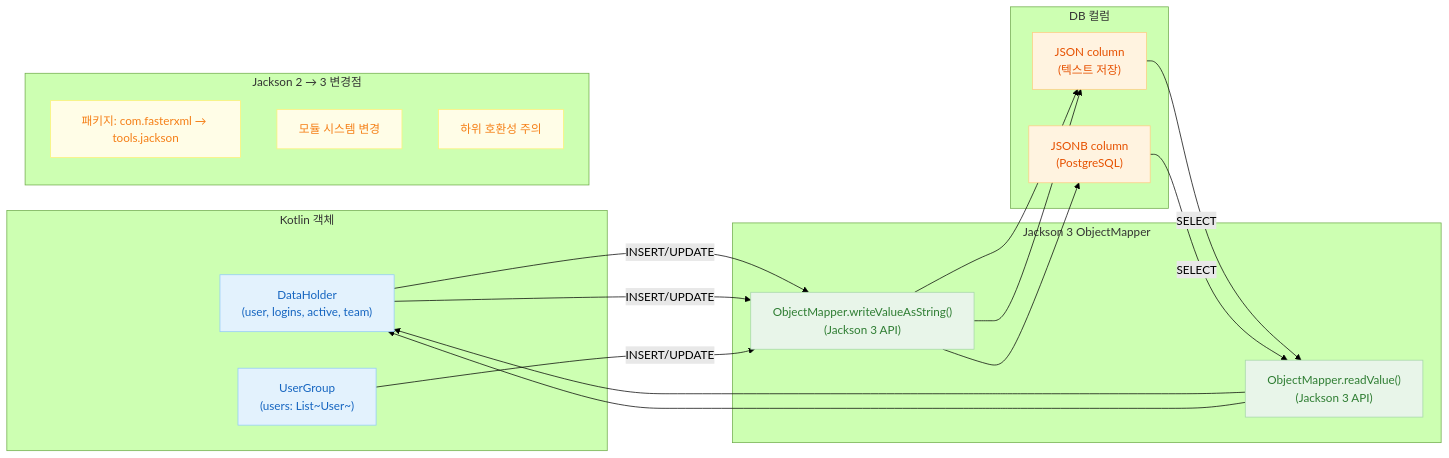
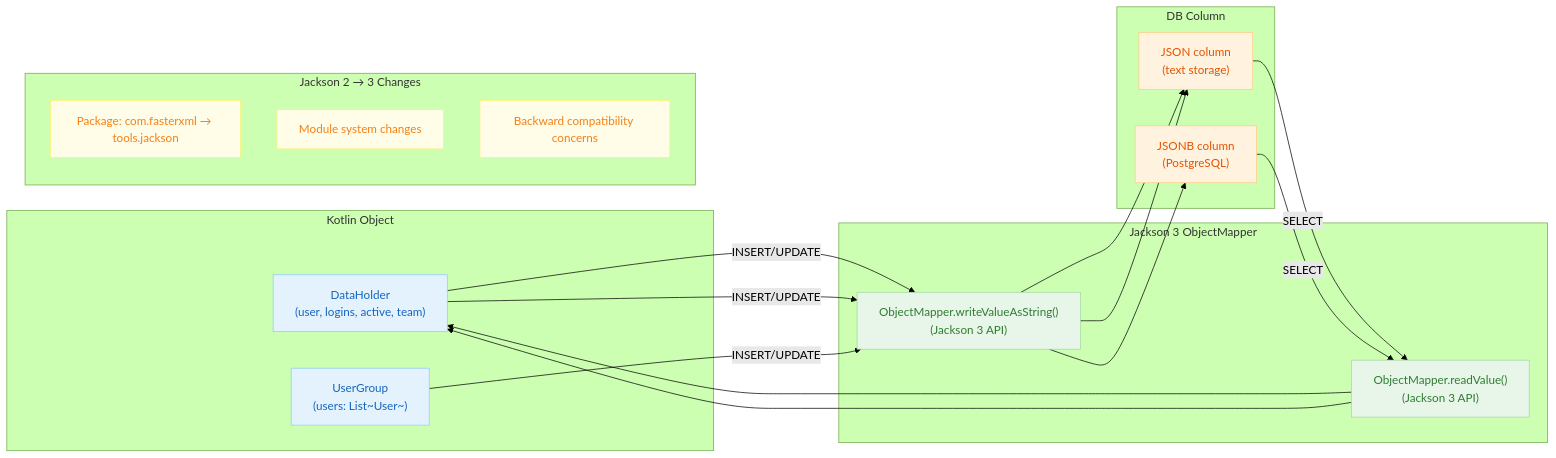
The diagram in 06-advanced/11-exposed-jackson3/README.md (bluetape4k/exposed-workshop), drawn with Mermaid (forest theme) before and after one commit. The commit also changed other lines of this file and 115 other files, not shown here.

````diff
--- a/06-advanced/11-exposed-jackson3/README.md
+++ b/06-advanced/11-exposed-jackson3/README.md
@@ -17,39 +19,39 @@
 ```mermaid
 flowchart LR
-    subgraph KotlinObj["Kotlin 객체"]
+    subgraph KotlinObj["Kotlin Object"]
         DH["DataHolder\n(user, logins, active, team)"]
         UG["UserGroup\n(users: List~User~)"]
     end
 
     subgraph Jackson3["Jackson 3 ObjectMapper"]
         SER["ObjectMapper.writeValueAsString()\n(Jackson 3 API)"]
         DESER["ObjectMapper.readValue()\n(Jackson 3 API)"]
     end
 
-    subgraph DBCol["DB 컬럼"]
-        JCOL["JSON column\n(텍스트 저장)"]
+    subgraph DBCol["DB Column"]
+        JCOL["JSON column\n(text storage)"]
         JBCOL["JSONB column\n(PostgreSQL)"]
     end
 
     DH -->|INSERT/UPDATE| SER --> JCOL
     DH -->|INSERT/UPDATE| SER --> JBCOL
     JCOL -->|SELECT| DESER --> DH
     JBCOL -->|SELECT| DESER --> DH
     UG -->|INSERT/UPDATE| SER --> JCOL
 
-    subgraph Migration["Jackson 2 → 3 변경점"]
-        PKG["패키지: com.fasterxml → tools.jackson"]
-        MOD["모듈 시스템 변경"]
-        COMPAT["하위 호환성 주의"]
+    subgraph Migration["Jackson 2 → 3 Changes"]
+        PKG["Package: com.fasterxml → tools.jackson"]
+        MOD["Module system changes"]
+        COMPAT["Backward compatibility concerns"]
     end
 
     classDef blue fill:#E3F2FD,stroke:#90CAF9,color:#1565C0
     classDef green fill:#E8F5E9,stroke:#A5D6A7,color:#2E7D32
     classDef orange fill:#FFF3E0,stroke:#FFCC80,color:#E65100
     classDef yellow fill:#FFFDE7,stroke:#FFF176,color:#F57F17
 
     class DH,UG blue
     class SER,DESER green
     class JCOL,JBCOL orange
     class PKG,MOD,COMPAT yellow
 ```
````
